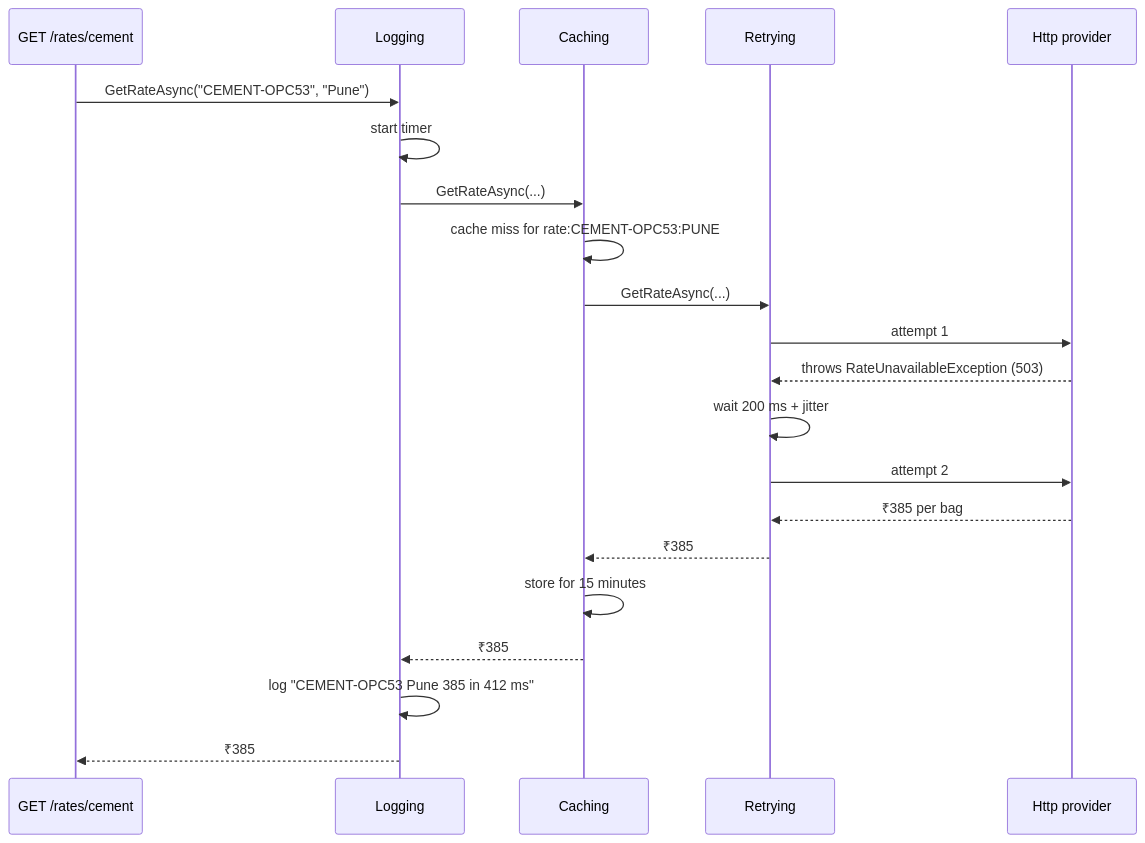
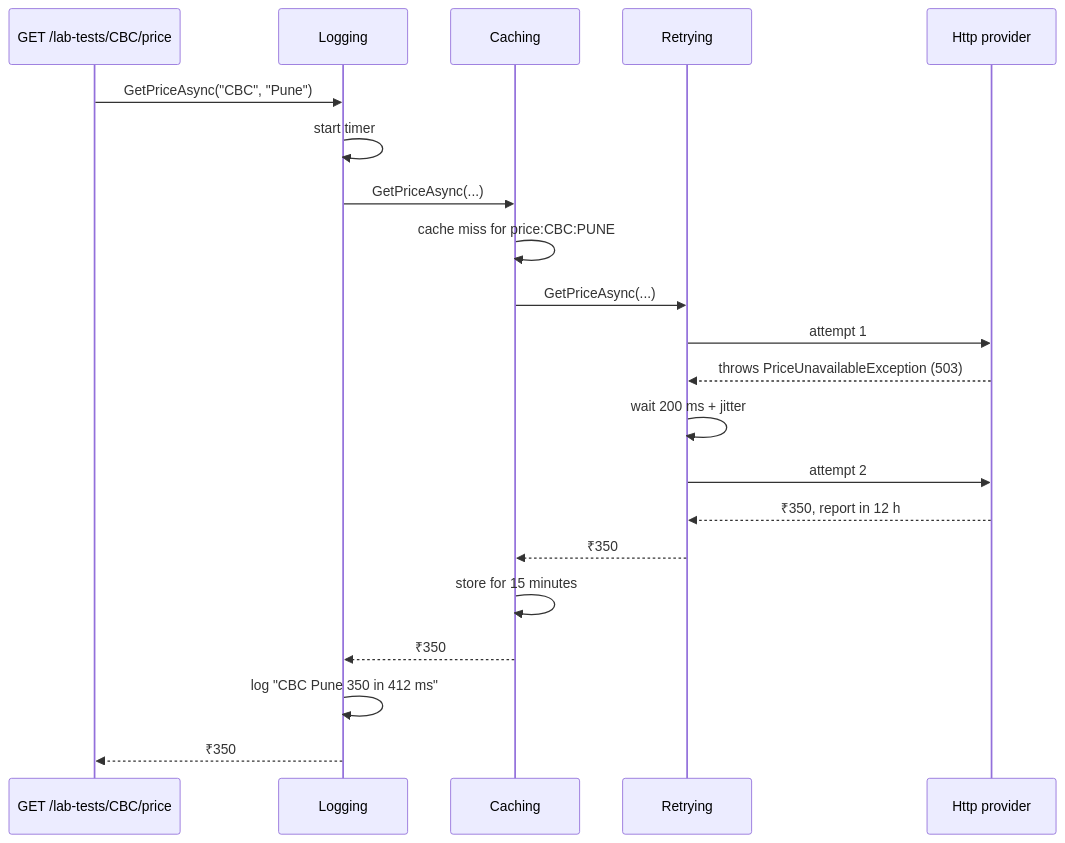
One commit to rizwi0786/system-design-lab changed the second of 2 diagrams in content/lessons/m06/m06-decorator.md. Above: the diagram before and after it, drawn with Mermaid. The commit also changed other lines of this file and 334 other files, not shown here.

````diff
--- a/content/lessons/m06/m06-decorator.md
+++ b/content/lessons/m06/m06-decorator.md
@@ -206,23 +211,23 @@
 ```mermaid
 sequenceDiagram
-    participant E as GET /rates/cement
+    participant E as GET /lab-tests/CBC/price
     participant L as Logging
     participant C as Caching
     participant R as Retrying
     participant H as Http provider
-    E->>L: GetRateAsync("CEMENT-OPC53", "Pune")
+    E->>L: GetPriceAsync("CBC", "Pune")
     L->>L: start timer
-    L->>C: GetRateAsync(...)
-    C->>C: cache miss for rate:CEMENT-OPC53:PUNE
-    C->>R: GetRateAsync(...)
+    L->>C: GetPriceAsync(...)
+    C->>C: cache miss for price:CBC:PUNE
+    C->>R: GetPriceAsync(...)
     R->>H: attempt 1
-    H-->>R: throws RateUnavailableException (503)
+    H-->>R: throws PriceUnavailableException (503)
     R->>R: wait 200 ms + jitter
     R->>H: attempt 2
-    H-->>R: ₹385 per bag
-    R-->>C: ₹385
+    H-->>R: ₹350, report in 12 h
+    R-->>C: ₹350
     C->>C: store for 15 minutes
-    C-->>L: ₹385
-    L->>L: log "CEMENT-OPC53 Pune 385 in 412 ms"
-    L-->>E: ₹385
+    C-->>L: ₹350
+    L->>L: log "CBC Pune 350 in 412 ms"
+    L-->>E: ₹350
 ```
````
